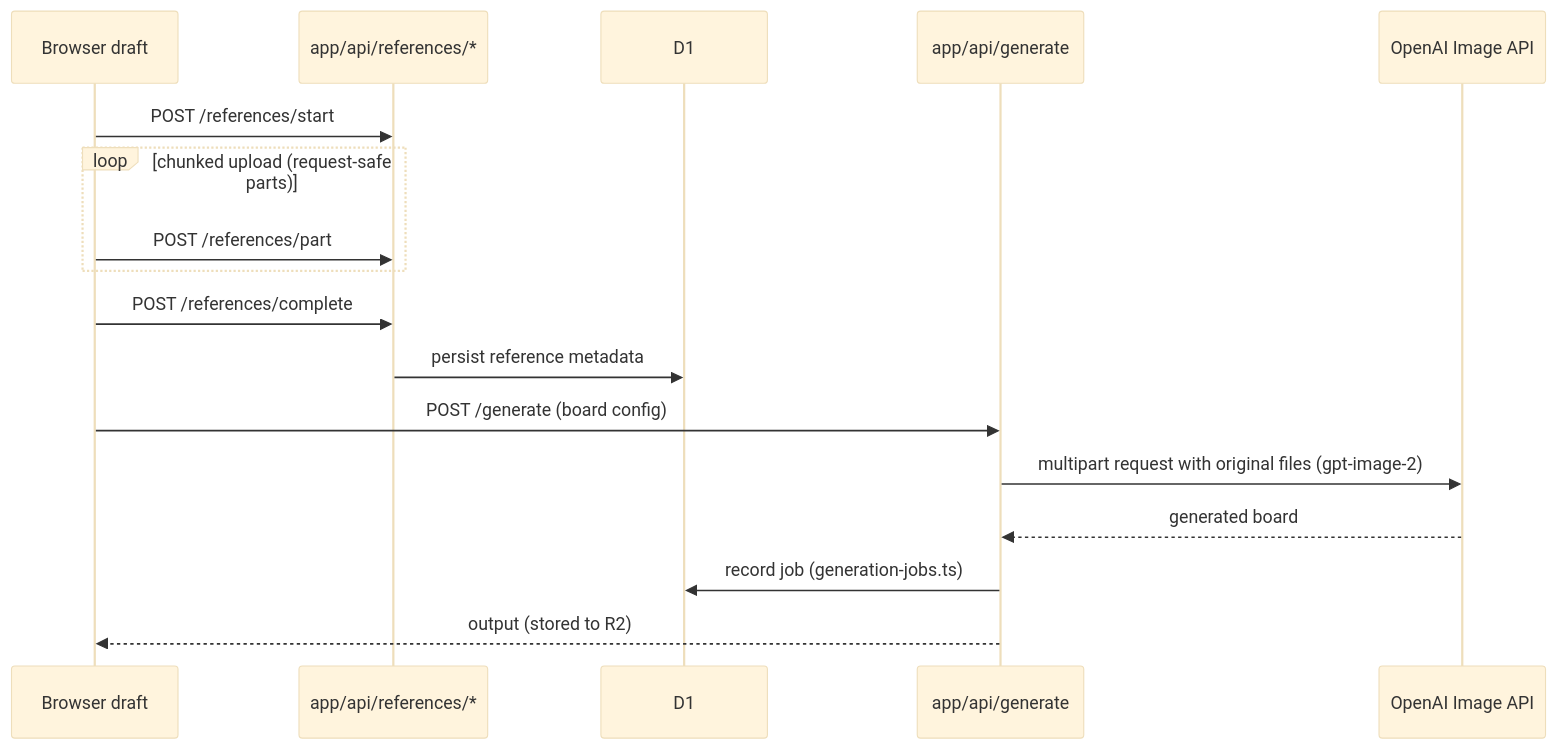
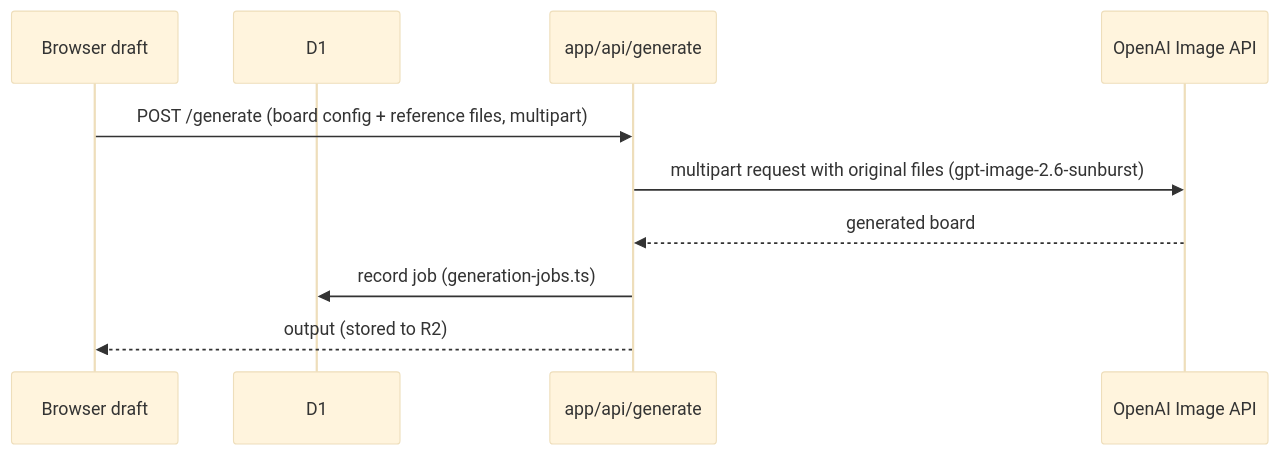
Before and after one commit to mlux-ops/Material-Collager-Website: the third of 3 diagrams in docs/architecture.md, drawn with Mermaid (base theme). The commit also changed other lines of this file and 75 other files, not shown here.

First line of the commit message:
feat: run every image on gpt-image-2.6-sunburst; drop Economy and non-OpenAI engines

````diff
--- a/docs/architecture.md
+++ b/docs/architecture.md
@@ -95,20 +93,13 @@
 ```mermaid
 sequenceDiagram
     participant B as Browser draft
-    participant API as app/api/references/*
     participant D1
     participant GEN as app/api/generate
     participant OAI as OpenAI Image API
 
-    B->>API: POST /references/start
-    loop chunked upload (request-safe parts)
-        B->>API: POST /references/part
-    end
-    B->>API: POST /references/complete
-    API->>D1: persist reference metadata
-    B->>GEN: POST /generate (board config)
-    GEN->>OAI: multipart request with original files (gpt-image-2)
+    B->>GEN: POST /generate (board config + reference files, multipart)
+    GEN->>OAI: multipart request with original files (gpt-image-2.6-sunburst)
     OAI-->>GEN: generated board
     GEN->>D1: record job (generation-jobs.ts)
     GEN-->>B: output (stored to R2)
 ```
````
